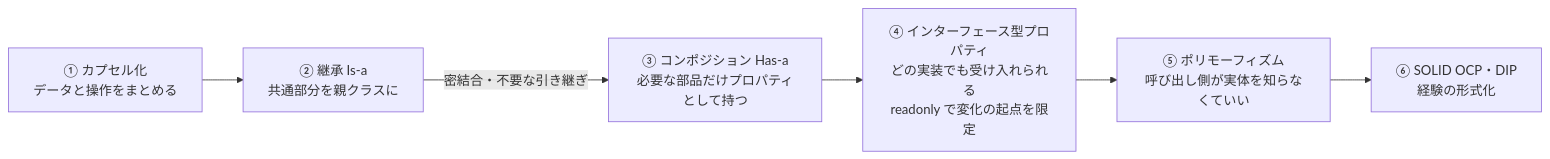
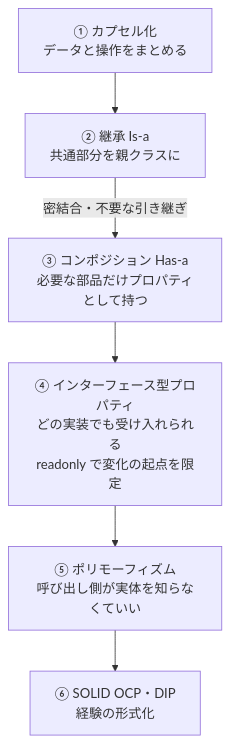
One commit to Bassiy/share_knowledge changed the diagram in map/oop-evolutionary-lineage.md. Above: the diagram before and after it, drawn with Mermaid.

Commit message:
sync: update from info repo

````diff
--- a/map/oop-evolutionary-lineage.md
+++ b/map/oop-evolutionary-lineage.md
@@ -8,10 +8,10 @@
 ```mermaid
-flowchart LR
+flowchart TD
     A["① カプセル化\nデータと操作をまとめる"]
     --> B["② 継承 Is-a\n共通部分を親クラスに"]
     B -->|"密結合・不要な引き継ぎ"| C
     C["③ コンポジション Has-a\n必要な部品だけプロパティとして持つ"]
     --> D["④ インターフェース型プロパティ\nどの実装でも受け入れられる\nreadonly で変化の起点を限定"]
     --> E["⑤ ポリモーフィズム\n呼び出し側が実体を知らなくていい"]
     --> F["⑥ SOLID OCP・DIP\n経験の形式化"]
 ```
````
